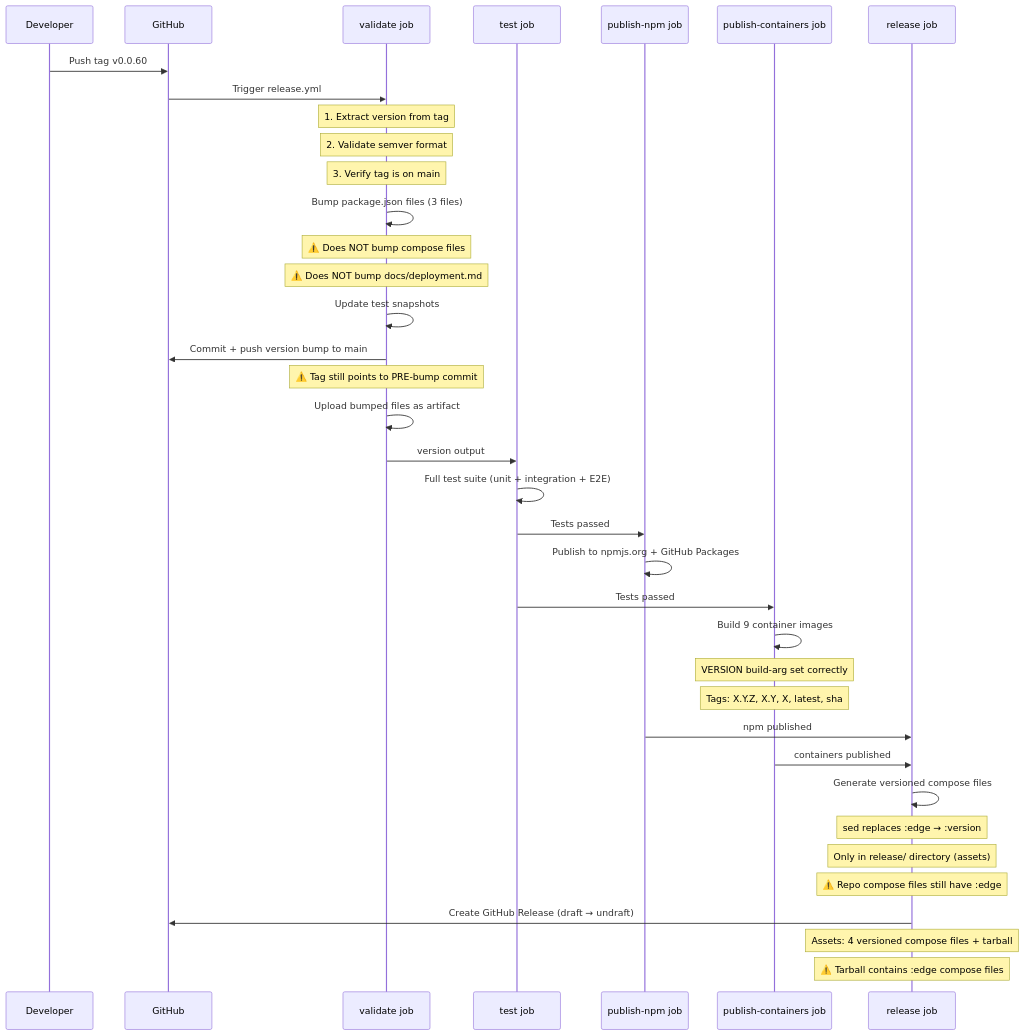
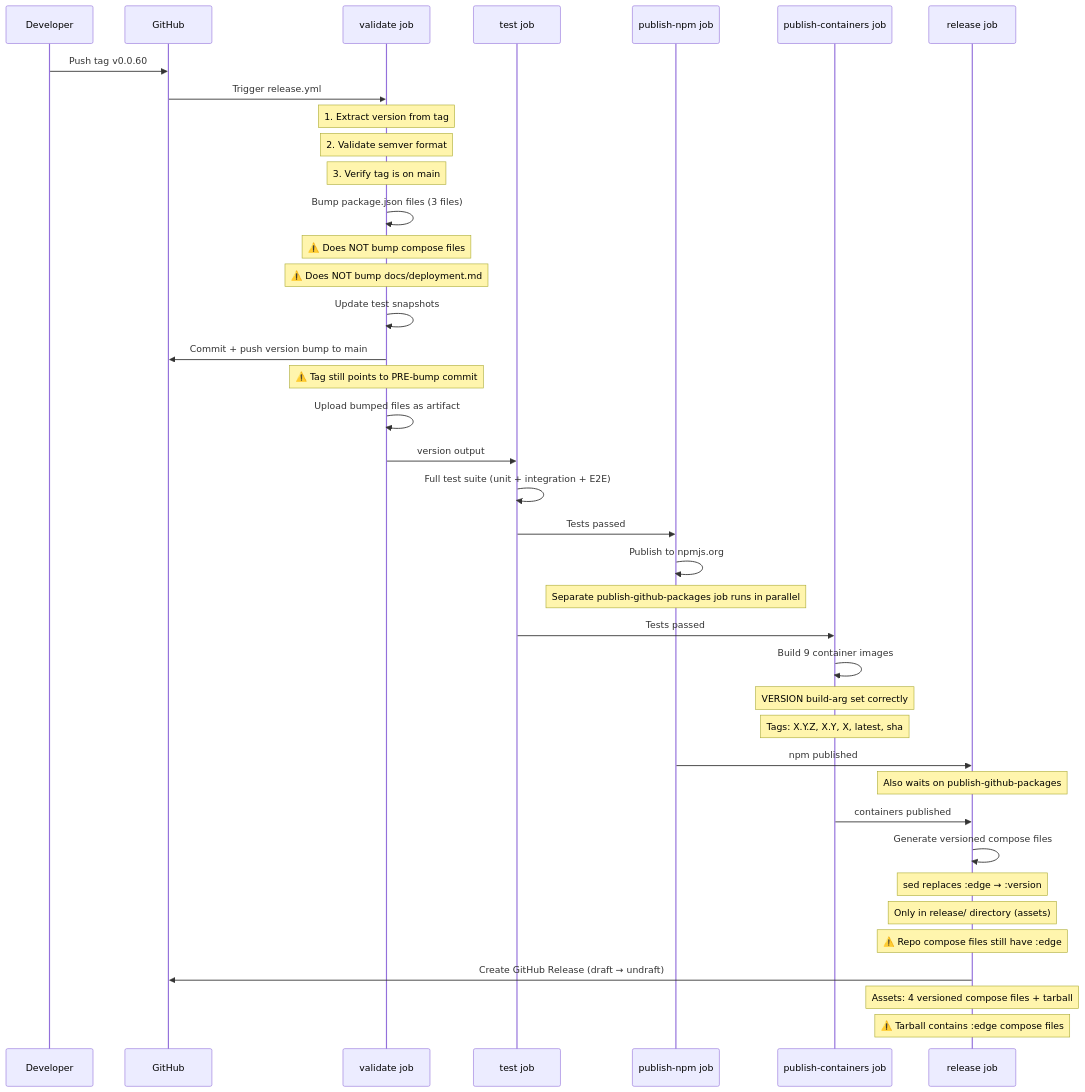
The diagram in docs/plans/2026-03-14-issue-2523-version-audit.md (troykelly/openclaw-projects), drawn with Mermaid before and after one commit. The commit also changed other lines of this file and 1 other file, not shown here.

````diff
--- a/docs/plans/2026-03-14-issue-2523-version-audit.md
+++ b/docs/plans/2026-03-14-issue-2523-version-audit.md
@@ -155,46 +160,48 @@
 ```mermaid
 sequenceDiagram
     participant Dev as Developer
     participant GH as GitHub
     participant Val as validate job
     participant Test as test job
     participant NPM as publish-npm job
     participant Cont as publish-containers job
     participant Rel as release job
 
     Dev->>GH: Push tag v0.0.60
     GH->>Val: Trigger release.yml
 
     Note over Val: 1. Extract version from tag
     Note over Val: 2. Validate semver format
     Note over Val: 3. Verify tag is on main
     Val->>Val: Bump package.json files (3 files)
     Note over Val: ⚠️ Does NOT bump compose files
     Note over Val: ⚠️ Does NOT bump docs/deployment.md
     Val->>Val: Update test snapshots
     Val->>GH: Commit + push version bump to main
     Note over Val: ⚠️ Tag still points to PRE-bump commit
     Val->>Val: Upload bumped files as artifact
 
     Val->>Test: version output
     Test->>Test: Full test suite (unit + integration + E2E)
 
     Test->>NPM: Tests passed
-    NPM->>NPM: Publish to npmjs.org + GitHub Packages
+    NPM->>NPM: Publish to npmjs.org
+    Note over NPM: Separate publish-github-packages job runs in parallel
 
     Test->>Cont: Tests passed
     Cont->>Cont: Build 9 container images
     Note over Cont: VERSION build-arg set correctly
     Note over Cont: Tags: X.Y.Z, X.Y, X, latest, sha
 
     NPM->>Rel: npm published
+    Note over Rel: Also waits on publish-github-packages
     Cont->>Rel: containers published
 
     Rel->>Rel: Generate versioned compose files
     Note over Rel: sed replaces :edge → :version
     Note over Rel: Only in release/ directory (assets)
     Note over Rel: ⚠️ Repo compose files still have :edge
     Rel->>GH: Create GitHub Release (draft → undraft)
     Note over Rel: Assets: 4 versioned compose files + tarball
     Note over Rel: ⚠️ Tarball contains :edge compose files
 ```
````
